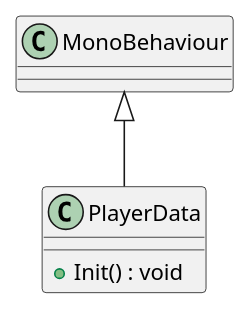
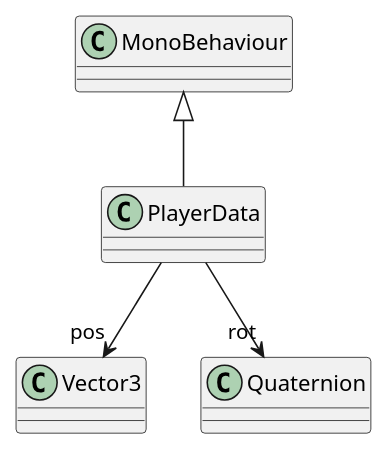
One commit to Tanso-mct/Unity-Minecraft changed the diagram in plantuml/Scripts/Window/Play/Player/PlayerData.puml. Above: the diagram before and after it, drawn with PlantUML. The commit also changed 9 other files, not shown here.

Commit message:
[update]クラス図の整理と作成。

```diff
--- a/plantuml/Scripts/Window/Play/Player/PlayerData.puml
+++ b/plantuml/Scripts/Window/Play/Player/PlayerData.puml
@@ -1,6 +1,7 @@
 @startuml
 class PlayerData {
-    + Init() : void
 }
 MonoBehaviour <|-- PlayerData
+PlayerData --> "pos" Vector3
+PlayerData --> "rot" Quaternion
 @enduml
```
